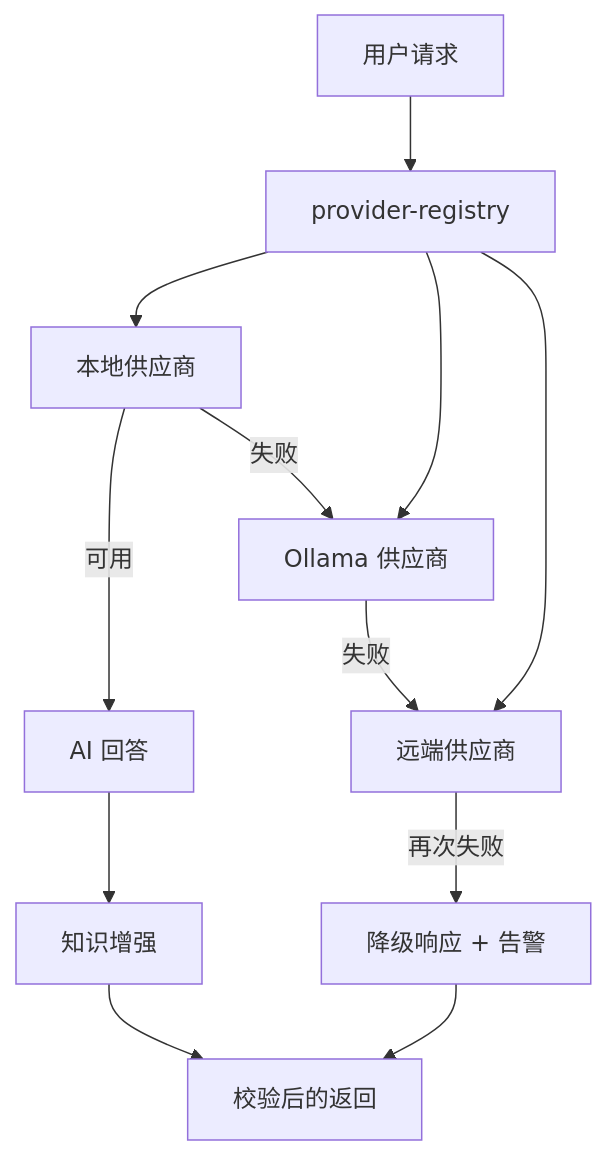
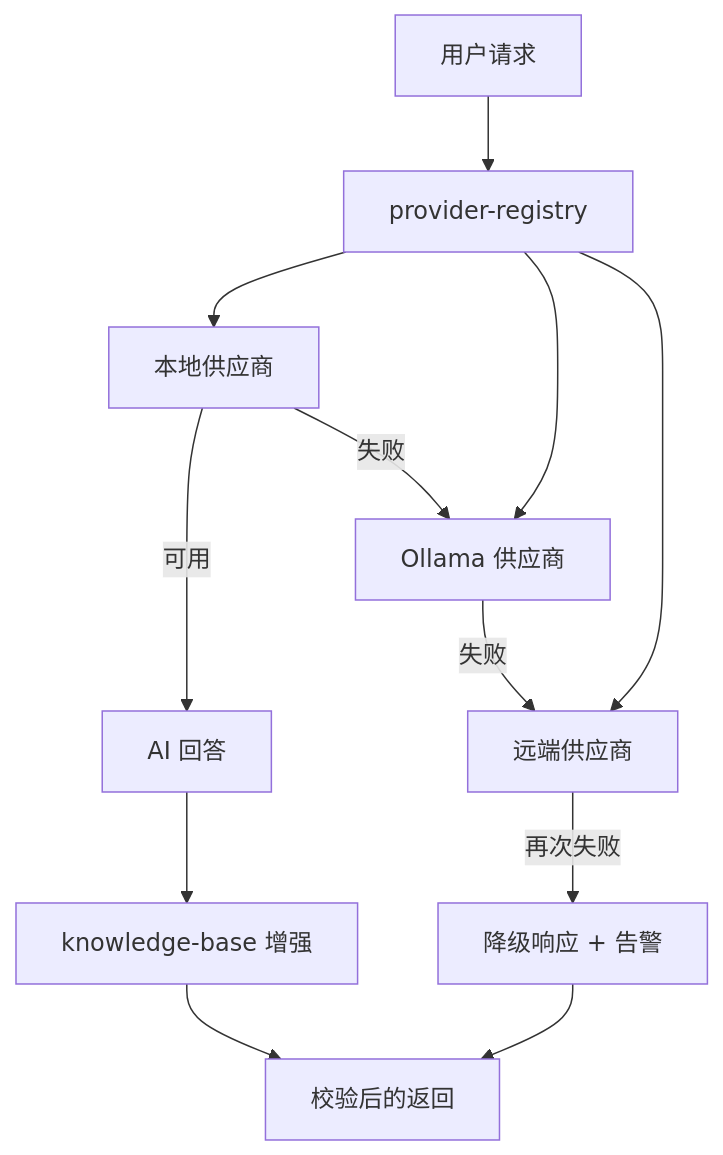
One commit to d4551/tea changed diagram 14 of 16 in README.md. Above: the diagram before and after it, drawn with Mermaid. The commit also changed other lines of this file and 151 other files, not shown here.

````diff
--- a/README.md
+++ b/README.md
@@ -723,14 +771,14 @@
 ```mermaid
 flowchart TD
   U["用户请求"] --> P["provider-registry"]
   P --> L["本地供应商"]
   P --> O["Ollama 供应商"]
   P --> R["远端供应商"]
   L -->|可用| S["AI 回答"]
   L -->|失败| O
   O -->|失败| R
   R -->|再次失败| F["降级响应 + 告警"]
-  S --> K["知识增强"]
+  S --> K["knowledge-base 增强"]
   K --> V["校验后的返回"]
   F --> V
 ```
````
